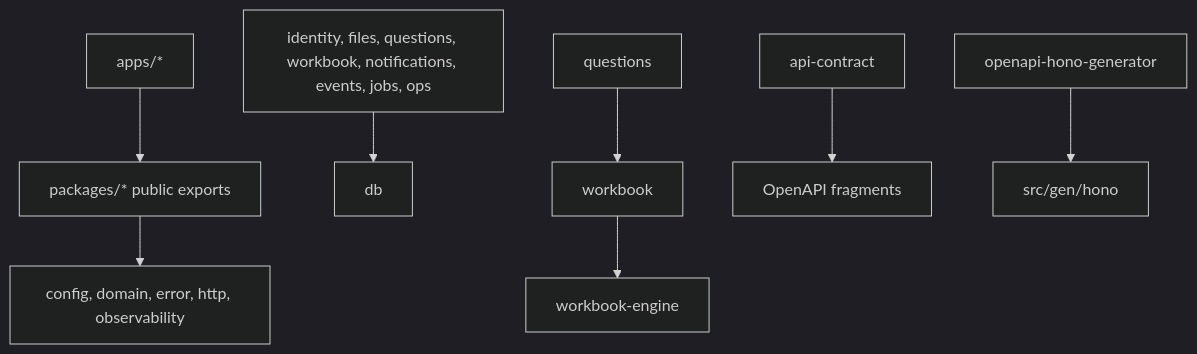
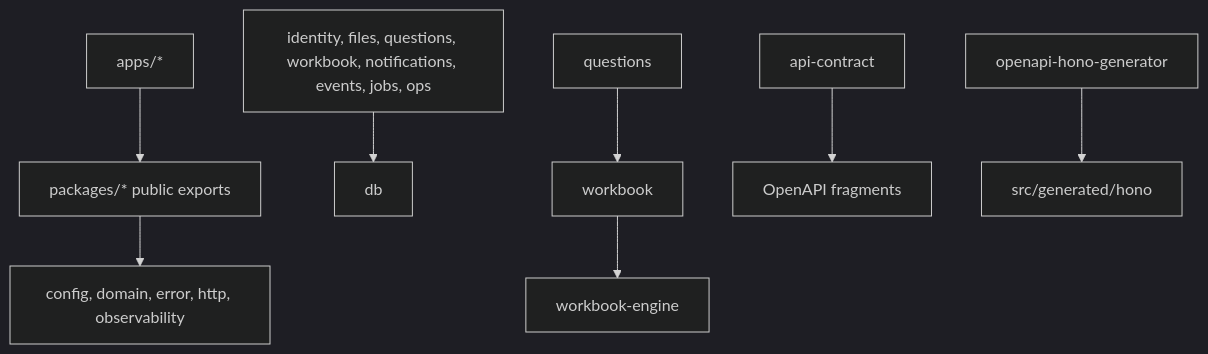
One commit to alirostami1/lemma changed the first of 6 diagrams in docs/architecture.md. Above: the diagram before and after it, drawn with Mermaid (dark theme). The commit also changed other lines of this file and 1286 other files, not shown here.

````diff
--- a/docs/architecture.md
+++ b/docs/architecture.md
@@ -9,10 +9,10 @@
 ```mermaid
 flowchart TB
   Apps[apps/*] --> Packages[packages/* public exports]
   Packages --> Shared[config, domain, error, http, observability]
   Bounded[identity, files, questions, workbook, notifications, events, jobs, ops] --> DB[db]
   Questions[questions] --> Workbook[workbook]
   Workbook --> Engine[workbook-engine]
   APIContract[api-contract] --> OpenAPI[OpenAPI fragments]
-  OpenAPIGen[openapi-hono-generator] --> HonoGen[src/gen/hono]
+  OpenAPIGen[openapi-hono-generator] --> HonoGen[src/generated/hono]
 ```
````
